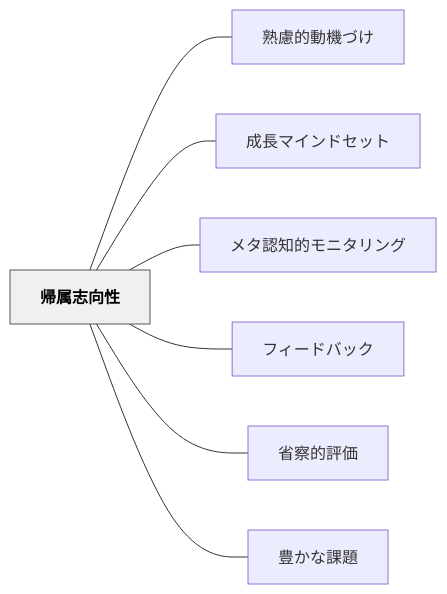
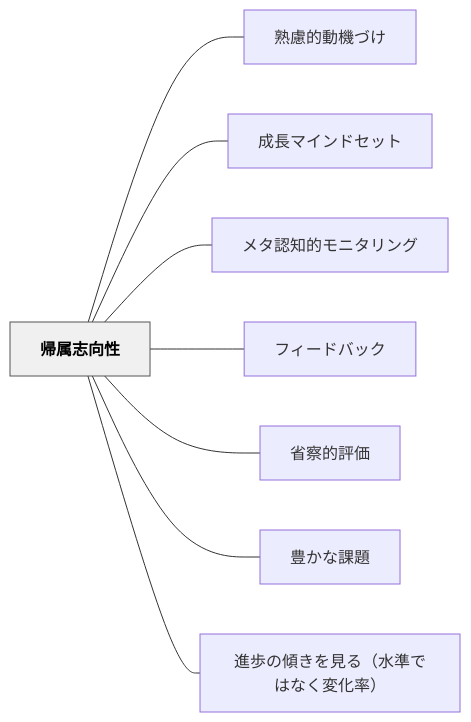
Before and after one commit to unknownthings-ed-patterns/unknownthings-ed-patterns: the diagram in content/パタン/帰属志向性.md, drawn with Mermaid. The commit also changed other lines of this file and 26 other files, not shown here.

````diff
--- a/content/パタン/帰属志向性.md
+++ b/content/パタン/帰属志向性.md
@@ -40,20 +40,22 @@
 ```mermaid
 flowchart LR
     ne5b8b0e5b19ee5bf97e59091e680a7["帰属志向性"]
     ne7869fe685aee79a84e58b95e6a99fe381a5e38191["熟慮的動機づけ"]
     ne68890e995b7e3839ee382a4e383b3e38389e382bbe38383e38388["成長マインドセット"]
     ne383a1e382bfe8aa8de79fa5e79a84e383a2e3838be382bfe383aae383b3e382b0["メタ認知的モニタリング"]
     ne38395e382a3e383bce38389e38390e38383e382af["フィードバック"]
     ne79c81e5af9fe79a84e8a995e4bea1["省察的評価"]
     ne8b18ae3818be381aae8aab2e9a18c["豊かな課題"]
+    ne980b2e6ada9e381aee582bee3818de38292e8a68be3828befbc88e6b0b4e6ba96e381a7e381afe381aae3818fe5a489e58c96e78e87efbc89["進歩の傾きを見る（水準ではなく変化率）"]
 
     ne5b8b0e5b19ee5bf97e59091e680a7 --- ne7869fe685aee79a84e58b95e6a99fe381a5e38191
     ne5b8b0e5b19ee5bf97e59091e680a7 --- ne68890e995b7e3839ee382a4e383b3e38389e382bbe38383e38388
     ne5b8b0e5b19ee5bf97e59091e680a7 --- ne383a1e382bfe8aa8de79fa5e79a84e383a2e3838be382bfe383aae383b3e382b0
     ne5b8b0e5b19ee5bf97e59091e680a7 --- ne38395e382a3e383bce38389e38390e38383e382af
     ne5b8b0e5b19ee5bf97e59091e680a7 --- ne79c81e5af9fe79a84e8a995e4bea1
     ne5b8b0e5b19ee5bf97e59091e680a7 --- ne8b18ae3818be381aae8aab2e9a18c
+    ne5b8b0e5b19ee5bf97e59091e680a7 --- ne980b2e6ada9e381aee582bee3818de38292e8a68be3828befbc88e6b0b4e6ba96e381a7e381afe381aae3818fe5a489e58c96e78e87efbc89
 
     classDef hub fill:#f0f0f0,stroke:#555,color:#000,font-weight:bold
     class ne5b8b0e5b19ee5bf97e59091e680a7 hub
 ```
````
